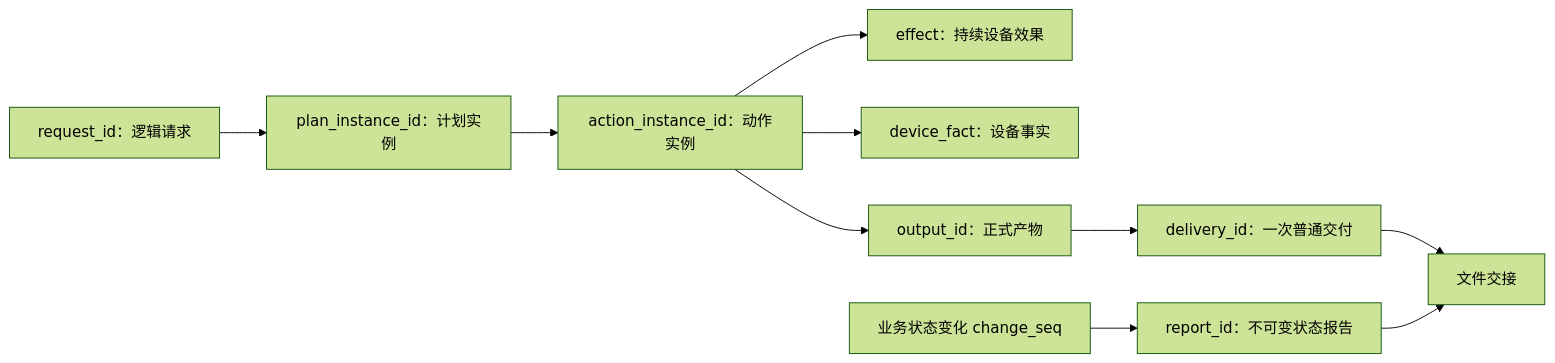
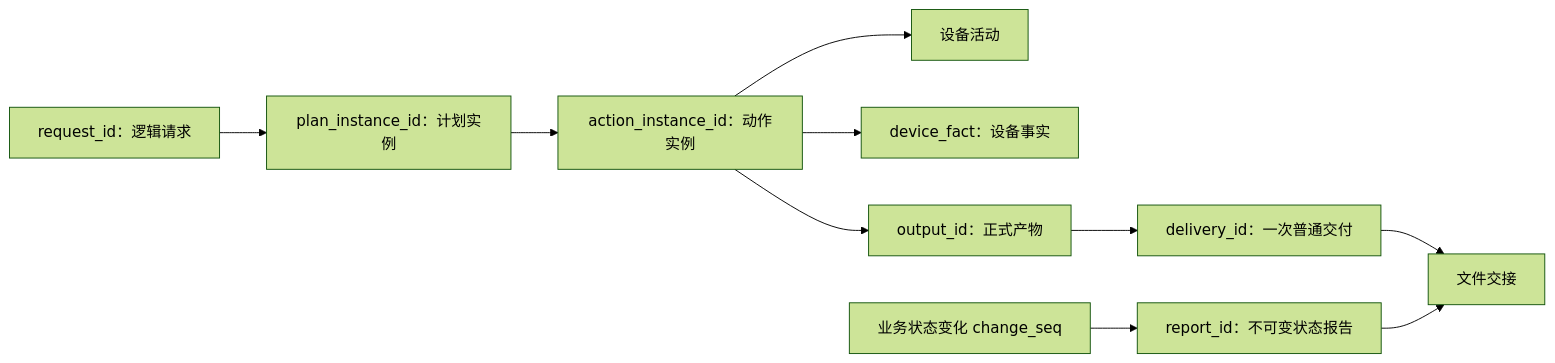
The diagram in docs/architecture/system-foundations.md (CLD1994/camctl), drawn with Mermaid (forest theme) before and after one commit. The commit also changed 42 other files, not shown here.

````diff
--- a/docs/architecture/system-foundations.md
+++ b/docs/architecture/system-foundations.md
@@ -71,12 +71,12 @@
 ```mermaid
 flowchart LR
     R[request_id：逻辑请求] --> P[plan_instance_id：计划实例]
     P --> A[action_instance_id：动作实例]
-    A --> E[effect：持续设备效果]
+    A --> E[设备活动]
     A --> F[device_fact：设备事实]
     A --> O[output_id：正式产物]
     O --> D[delivery_id：一次普通交付]
     S[业务状态变化 change_seq] --> Q[report_id：不可变状态报告]
     D --> H[文件交接]
     Q --> H
 ```
````
